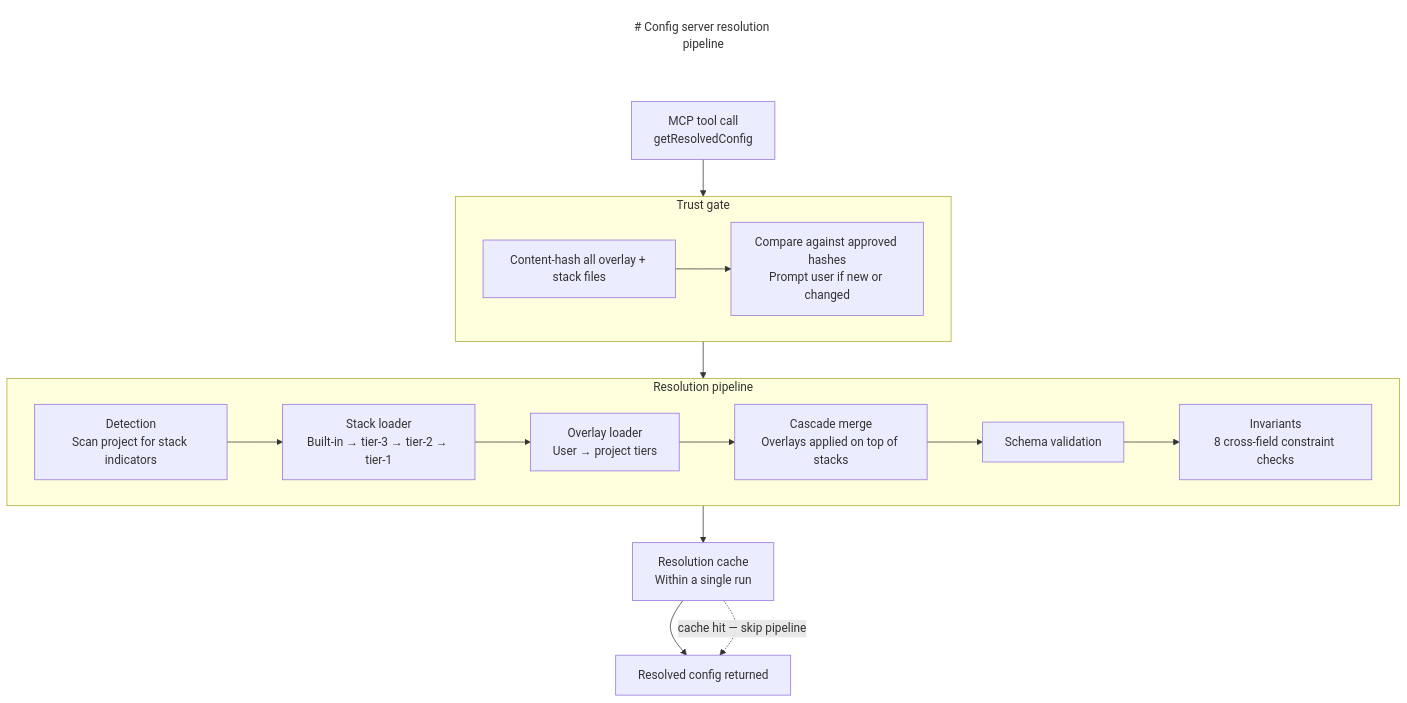
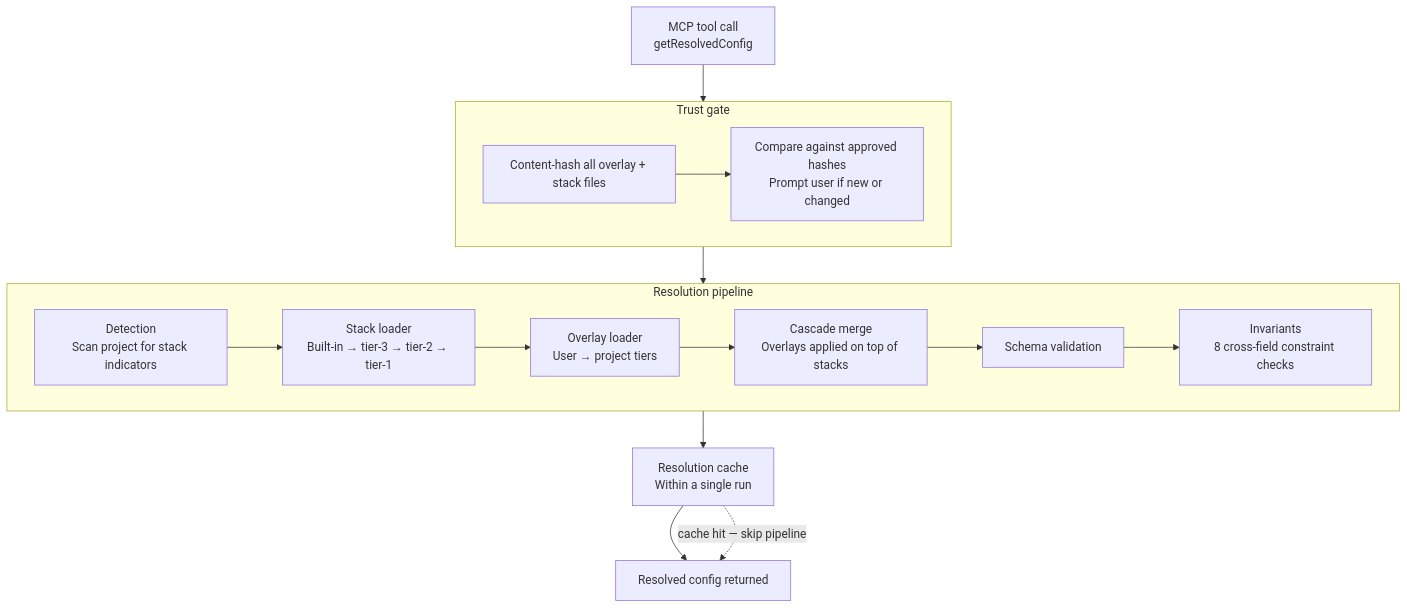
Before and after one commit to Thomas-AppForceOne/ClaudeAgents: the third of 5 diagrams in documentation/subsystem-architecture.md, drawn with Mermaid. The commit also changed other lines of this file, not shown here.

Commit message:
docs: remove all in-diagram titles

````diff
--- a/documentation/subsystem-architecture.md
+++ b/documentation/subsystem-architecture.md
@@ -123,30 +116,26 @@
 ```mermaid
 flowchart TD
-    TITLE["`# Config server resolution pipeline`"]
-    style TITLE fill:none,stroke:none
-
     IN["MCP tool call\ngetResolvedConfig"]
 
     subgraph TG["Trust gate"]
         HC["Content-hash all overlay + stack files"]
         TP["Compare against approved hashes\nPrompt user if new or changed"]
         HC --> TP
     end
 
     subgraph RP["Resolution pipeline"]
         DT["Detection\nScan project for stack indicators"]
         SL["Stack loader\nBuilt-in → tier-3 → tier-2 → tier-1"]
         OL["Overlay loader\nUser → project tiers"]
         CM["Cascade merge\nOverlays applied on top of stacks"]
         SV["Schema validation"]
         IV["Invariants\n8 cross-field constraint checks"]
         DT --> SL --> OL --> CM --> SV --> IV
     end
 
     CA["Resolution cache\nWithin a single run"]
     OUT["Resolved config returned"]
 
-    TITLE ~~~ IN
     IN --> TG --> RP --> CA --> OUT
     CA -.->|"cache hit — skip pipeline"| OUT
 ```
````
